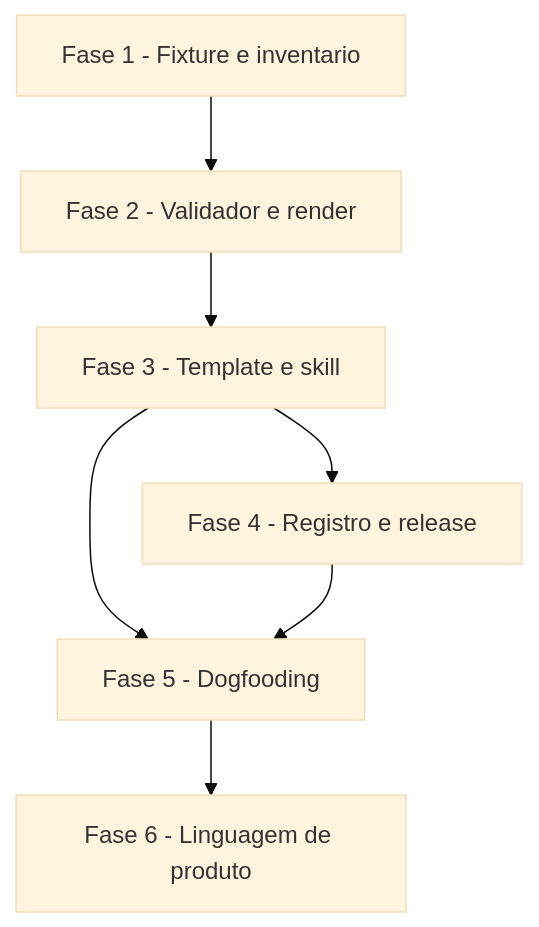
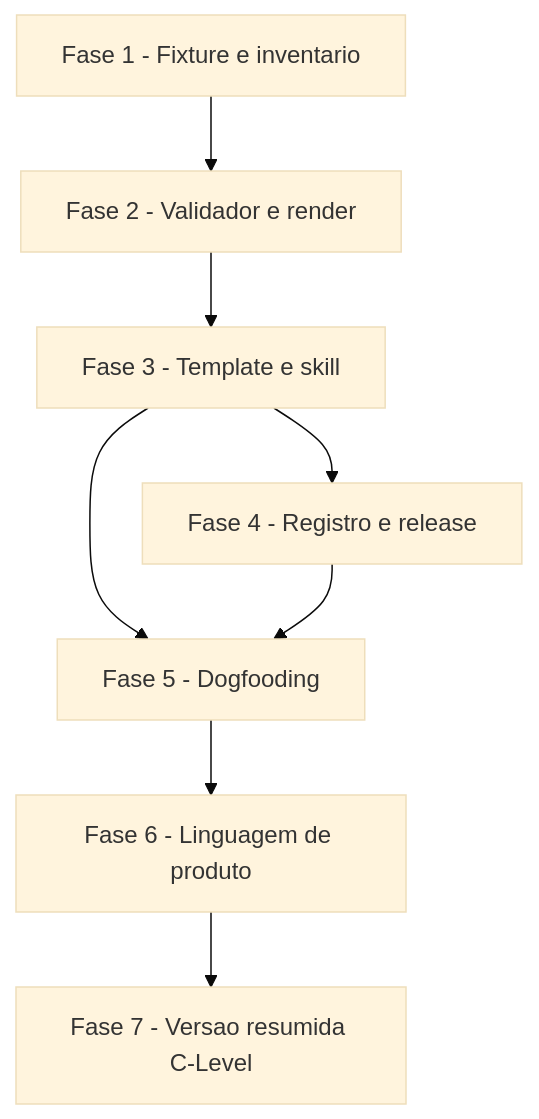
Before and after one commit to JotJunior/cstk: the diagram in docs/specs/presentation/tasks.md, drawn with Mermaid (base theme). The commit also changed other lines of this file and 17 other files, not shown here.

First line of the commit message:
feat(presentation): versao resumida C-Level de ate 4 slides

````diff
--- a/docs/specs/presentation/tasks.md
+++ b/docs/specs/presentation/tasks.md
@@ -144,15 +163,16 @@
 ```mermaid
 flowchart TD
     F1[Fase 1 - Fixture e inventario]
     F2[Fase 2 - Validador e render]
     F3[Fase 3 - Template e skill]
     F4[Fase 4 - Registro e release]
     F5[Fase 5 - Dogfooding]
 
     F1 --> F2
     F2 --> F3
     F3 --> F4
     F3 --> F5
     F4 --> F5
     F5 --> F6[Fase 6 - Linguagem de produto]
+    F6 --> F7[Fase 7 - Versao resumida C-Level]
 ```
````
